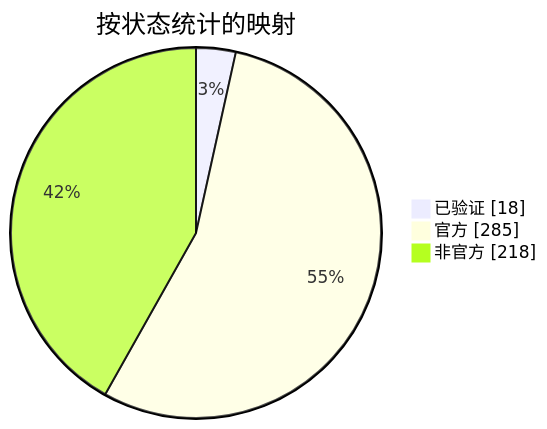
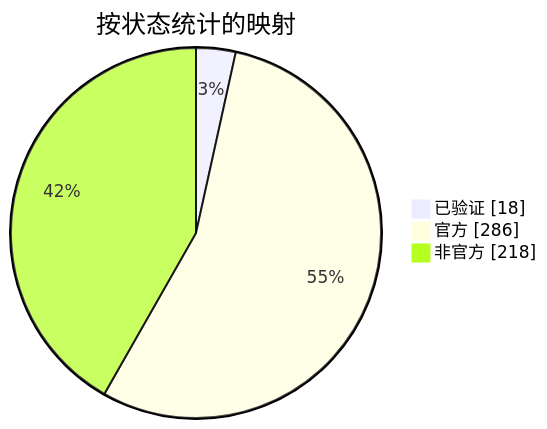
The diagram in docs/readme/README_ZHS.md (nobrega8/mbmap-library), drawn with Mermaid before and after one commit. The commit also changed 5 other files, not shown here.

````diff
--- a/docs/readme/README_ZHS.md
+++ b/docs/readme/README_ZHS.md
@@ -54,7 +54,7 @@
 ```mermaid
 pie showData
     title 按状态统计的映射
     "已验证" : 18
-    "官方" : 285
+    "官方" : 286
     "非官方" : 218
 ```
````
